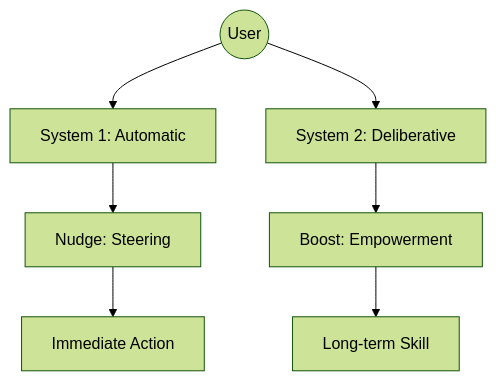
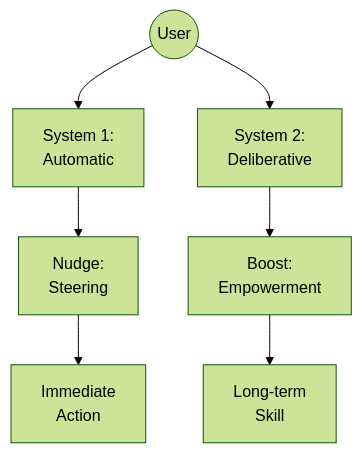
Before and after one commit to GM024/CourseSummaries: the fourth of 7 diagrams in Communication_Influence/Mastery_Guide_SOW_BS033.md, drawn with Mermaid (forest theme). The commit also changed other lines of this file, not shown here.

Commit message:
Fix Mermaid diagram text overflow using <br /> tags

````diff
--- a/Communication_Influence/Mastery_Guide_SOW_BS033.md
+++ b/Communication_Influence/Mastery_Guide_SOW_BS033.md
@@ -119,9 +119,9 @@
 ```mermaid
 graph TD
-    User((User)) --> S1[System 1: Automatic]
-    User --> S2[System 2: Deliberative]
-    S1 --> Nudge[Nudge: Steering]
-    S2 --> Boost[Boost: Empowerment]
-    Nudge --> Behavior[Immediate Action]
-    Boost --> Competence[Long-term Skill]
+    User((User)) --> S1[System 1:<br/>Automatic]
+    User --> S2[System 2:<br/>Deliberative]
+    S1 --> Nudge[Nudge:<br/>Steering]
+    S2 --> Boost[Boost:<br/>Empowerment]
+    Nudge --> Behavior[Immediate<br/>Action]
+    Boost --> Competence[Long-term<br/>Skill]
 ```
````
